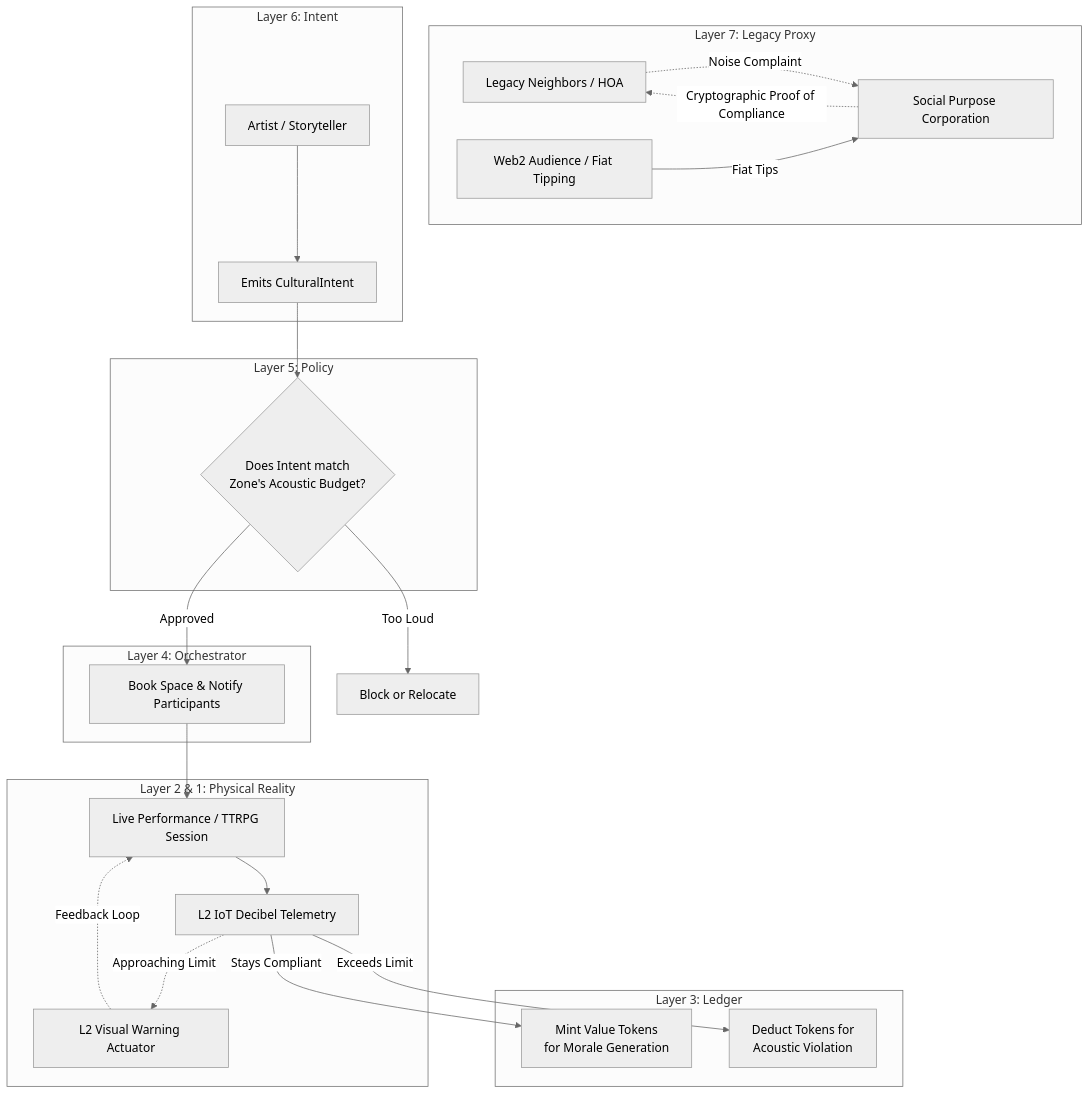
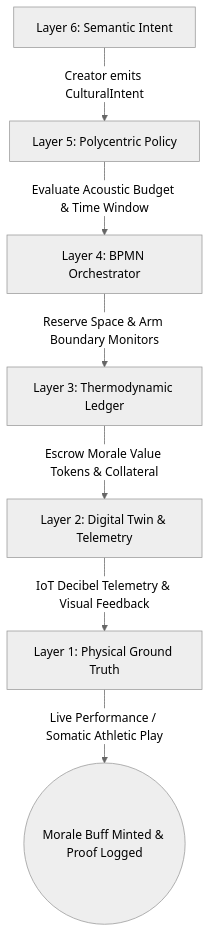
One commit to raffaine/collective changed the first of 4 diagrams in docs/scenarios/lambda_cultural.md. Above: the diagram before and after it, drawn with Mermaid (neutral theme). The commit also changed other lines of this file and 62 other files, not shown here.

First line of the commit message:
feat(sprint-1): Oasis V4 WebGPU Engine & Sovereign Stack V2 Architecture

````diff
--- a/docs/scenarios/lambda_cultural.md
+++ b/docs/scenarios/lambda_cultural.md
@@ -45,52 +37,9 @@
 ```mermaid
 graph TD
-    subgraph Layer 7: Legacy Proxy
-        HOA[Legacy Neighbors / HOA]
-        SPC[Social Purpose Corporation]
-        Web2[Web2 Audience / Fiat Tipping]
-    end
-
-    subgraph Layer 6: Intent
-        Creator[Artist / Storyteller]
-        Intent[Emits CulturalIntent]
-    end
-
-    subgraph Layer 5: Policy
-        ZoneCheck{Does Intent match <br> Zone's Acoustic Budget?}
-    end
-
-    subgraph Layer 4: Orchestrator
-        BPMN[Book Space & Notify Participants]
-    end
-
-    subgraph Layer 3: Ledger
-        Mint[Mint Value Tokens <br> for Morale Generation]
-        Penalty[Deduct Tokens for <br> Acoustic Violation]
-    end
-
-    subgraph Layer 2 & 1: Physical Reality
-        Action[Live Performance / TTRPG Session]
-        dB_Meter[L2 IoT Decibel Telemetry]
-        Alert[L2 Visual Warning Actuator]
-    end
-
-    %% Legacy Shielding
-    HOA -.->|Noise Complaint| SPC
-    SPC -.->|Cryptographic Proof of Compliance| HOA
-    Web2 -->|Fiat Tips| SPC
-
-    %% Mesh Flow
-    Creator --> Intent
-    Intent --> ZoneCheck
-    ZoneCheck -->|Approved| BPMN
-    ZoneCheck -->|Too Loud| Reject[Block or Relocate]
-    
-    BPMN --> Action
-    Action --> dB_Meter
-    
-    dB_Meter -.->|Approaching Limit| Alert
-    Alert -.->|Feedback Loop| Action
-    
-    dB_Meter -->|Exceeds Limit| Penalty
-    dB_Meter -->|Stays Compliant| Mint
+    L6[Layer 6: Semantic Intent] -->|Creator emits CulturalIntent| L5[Layer 5: Polycentric Policy]
+    L5 -->|Evaluate Acoustic Budget & Time Window| L4[Layer 4: BPMN Orchestrator]
+    L4 -->|Reserve Space & Arm Boundary Monitors| L3[Layer 3: Thermodynamic Ledger]
+    L3 -->|Escrow Morale Value Tokens & Collateral| L2[Layer 2: Digital Twin & Telemetry]
+    L2 -->|IoT Decibel Telemetry & Visual Feedback| L1[Layer 1: Physical Ground Truth]
+    L1 -->|Live Performance / Somatic Athletic Play| End((Morale Buff Minted & Proof Logged))
 ```
````
